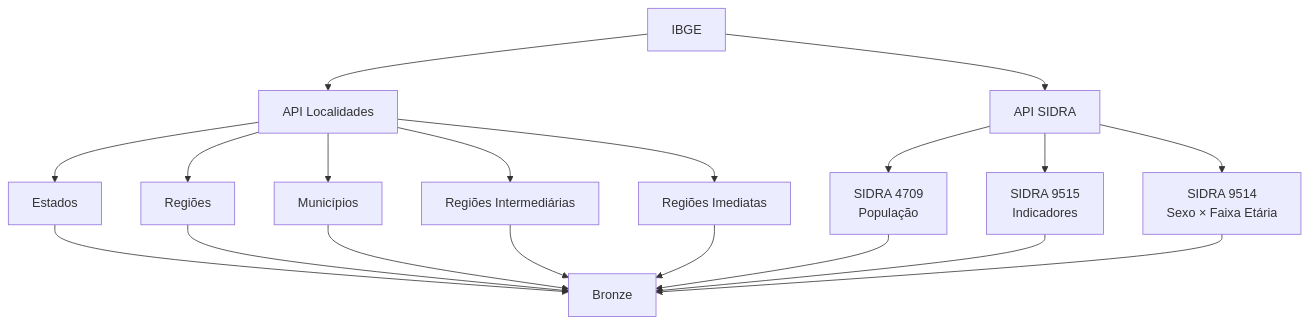
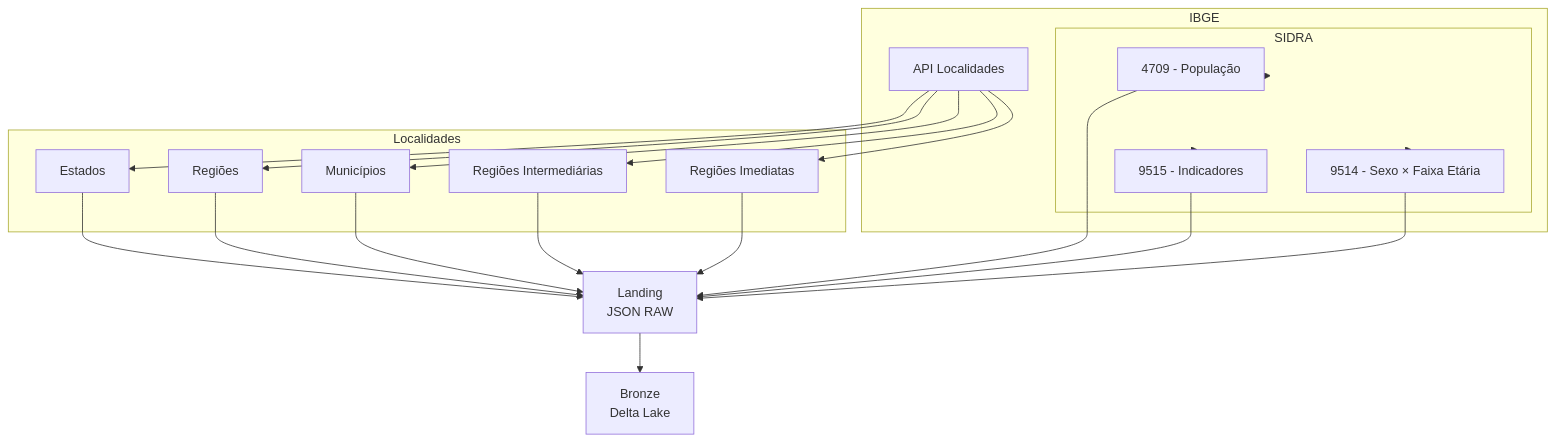
One commit to CristhinaFreire/retail-intelligence-brasil changed the diagram in docs/diagrams/ibge_data_flow.md. Above: the diagram before and after it, drawn with Mermaid. The commit also changed 1 other file, not shown here.

Commit message:
docs: improve architecture diagrams

````diff
--- a/docs/diagrams/ibge_data_flow.md
+++ b/docs/diagrams/ibge_data_flow.md
@@ -3,52 +3,50 @@
 ```mermaid
 flowchart TB
 
-    IBGE["IBGE"]
+    subgraph IBGE["IBGE"]
+        LOCALIDADES["API Localidades"]
+        SIDRA["API SIDRA"]
+    end
 
-    LOCALIDADES["API Localidades"]
+    subgraph Localidades
+        ESTADOS["Estados"]
+        REGIOES["Regiões"]
+        MUNICIPIOS["Municípios"]
+        INTERMEDIARIAS["Regiões Intermediárias"]
+        IMEDIATAS["Regiões Imediatas"]
+    end
 
-    SIDRA["API SIDRA"]
+    subgraph SIDRA
+        T4709["4709 - População"]
+        T9515["9515 - Indicadores"]
+        T9514["9514 - Sexo × Faixa Etária"]
+    end
 
-    ESTADOS["Estados"]
+    LANDING["Landing
+    JSON RAW"]
 
-    REGIOES["Regiões"]
-
-    MUNICIPIOS["Municípios"]
-
-    INTERMEDIARIAS["Regiões Intermediárias"]
-
-    IMEDIATAS["Regiões Imediatas"]
-
-    T4709["SIDRA 4709
-    População"]
-
-    T9515["SIDRA 9515
-    Indicadores"]
-
-    T9514["SIDRA 9514
-    Sexo × Faixa Etária"]
-
-    BRONZE["Bronze"]
-
-    IBGE --> LOCALIDADES
-    IBGE --> SIDRA
+    BRONZE["Bronze
+    Delta Lake"]
 
     LOCALIDADES --> ESTADOS
     LOCALIDADES --> REGIOES
     LOCALIDADES --> MUNICIPIOS
     LOCALIDADES --> INTERMEDIARIAS
     LOCALIDADES --> IMEDIATAS
 
     SIDRA --> T4709
     SIDRA --> T9515
     SIDRA --> T9514
 
-    ESTADOS --> BRONZE
-    REGIOES --> BRONZE
-    MUNICIPIOS --> BRONZE
-    INTERMEDIARIAS --> BRONZE
-    IMEDIATAS --> BRONZE
-    T4709 --> BRONZE
-    T9515 --> BRONZE
-    T9514 --> BRONZE
+    ESTADOS --> LANDING
+    REGIOES --> LANDING
+    MUNICIPIOS --> LANDING
+    INTERMEDIARIAS --> LANDING
+    IMEDIATAS --> LANDING
+
+    T4709 --> LANDING
+    T9515 --> LANDING
+    T9514 --> LANDING
+
+    LANDING --> BRONZE
 ```
````
